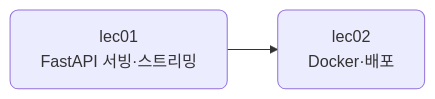
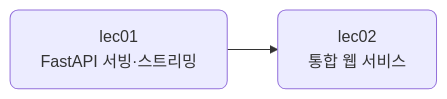
The second of 2 diagrams in docs/section5/README.md (CodeCompose7/ai_service_engineering), drawn with Mermaid before and after one commit. The commit also changed other lines of this file and 10 other files, not shown here.

First line of the commit message:
S5 lec02: 통합 웹 서비스 (채팅 + 관리자) — 캡스톤 겸

````diff
--- a/docs/section5/README.md
+++ b/docs/section5/README.md
@@ -40,5 +40,5 @@
 ```mermaid
 flowchart LR
-  L1["lec01<br/>FastAPI 서빙·스트리밍"] --> L2["lec02<br/>Docker·배포"]
+  L1["lec01<br/>FastAPI 서빙·스트리밍"] --> L2["lec02<br/>통합 웹 서비스"]
   classDef default rx:8,ry:8;
 ```
````
